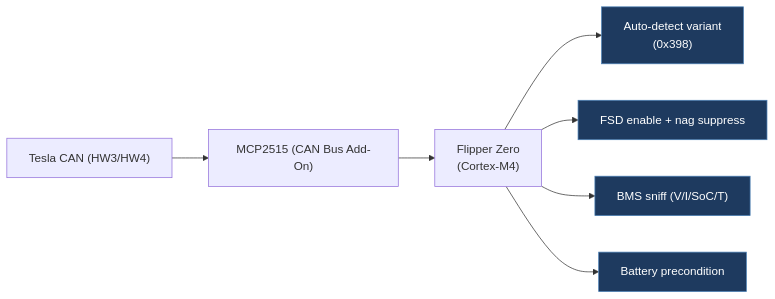
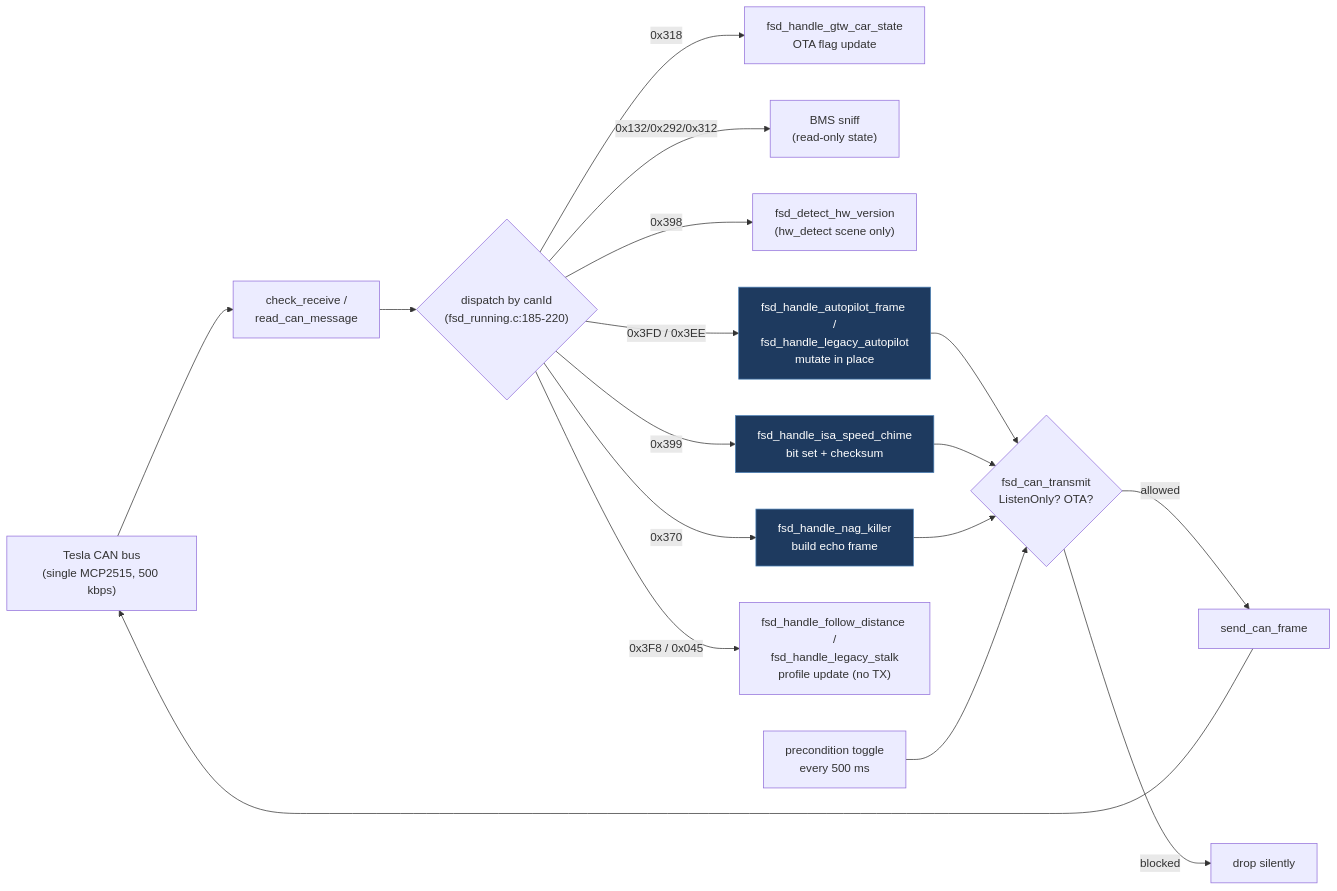
Before and after one commit to babico/TeslaCANModder: the first of 2 diagrams in docs/legacy/J0811-flipper-tesla-fsd.md, drawn with Mermaid. The commit also changed other lines of this file and 99 other files, not shown here.

````diff
--- a/docs/legacy/J0811-flipper-tesla-fsd.md
+++ b/docs/legacy/J0811-flipper-tesla-fsd.md
@@ -26,11 +62,19 @@
 ```mermaid
 flowchart LR
-    Car["Tesla CAN (HW3/HW4)"] --> MCP["MCP2515 (CAN Bus Add-On)"]
-    MCP --> Flip["Flipper Zero<br/>(Cortex-M4)"]
-    Flip --> Detect["Auto-detect variant<br/>(0x398)"]
-    Flip --> FSD["FSD enable + nag suppress"]
-    Flip --> BMS["BMS sniff (V/I/SoC/T)"]
-    Flip --> Pre["Battery precondition"]
-    classDef path fill:#1e3a5f,stroke:#4a7fb5,color:#fff
-    class Detect,FSD,BMS,Pre path
+    Bus["Tesla CAN bus<br/>(single MCP2515, 500 kbps)"] --> RX["check_receive /<br/>read_can_message"]
+    RX --> IDs{"dispatch by canId<br/>(fsd_running.c:185-220)"}
+    IDs -->|0x318| OTA["fsd_handle_gtw_car_state<br/>OTA flag update"]
+    IDs -->|0x132/0x292/0x312| BMS["BMS sniff<br/>(read-only state)"]
+    IDs -->|0x398| Detect["fsd_detect_hw_version<br/>(hw_detect scene only)"]
+    IDs -->|0x3FD / 0x3EE| AP["fsd_handle_autopilot_frame /<br/>fsd_handle_legacy_autopilot<br/>mutate in place"]
+    IDs -->|0x399| ISA["fsd_handle_isa_speed_chime<br/>bit set + checksum"]
+    IDs -->|0x370| Nag["fsd_handle_nag_killer<br/>build echo frame"]
+    IDs -->|0x3F8 / 0x045| FD["fsd_handle_follow_distance /<br/>fsd_handle_legacy_stalk<br/>profile update (no TX)"]
+    AP & ISA & Nag --> Gate{"fsd_can_transmit<br/>ListenOnly? OTA?"}
+    Gate -->|allowed| TX["send_can_frame"]
+    Gate -->|blocked| Drop["drop silently"]
+    Precond["precondition toggle<br/>every 500 ms"] --> Gate
+    TX --> Bus
+    classDef mutate fill:#1e3a5f,stroke:#4a7fb5,color:#fff
+    class AP,ISA,Nag mutate
 ```
````
